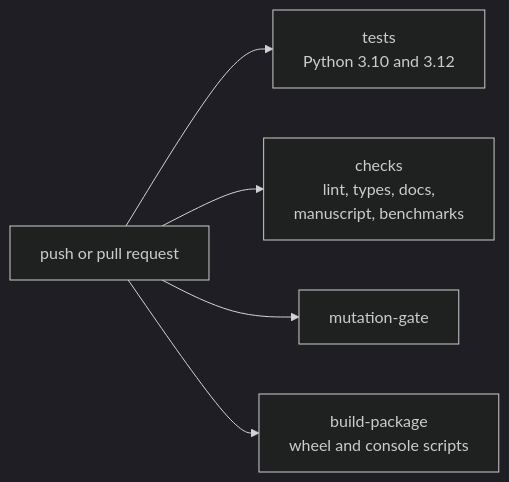
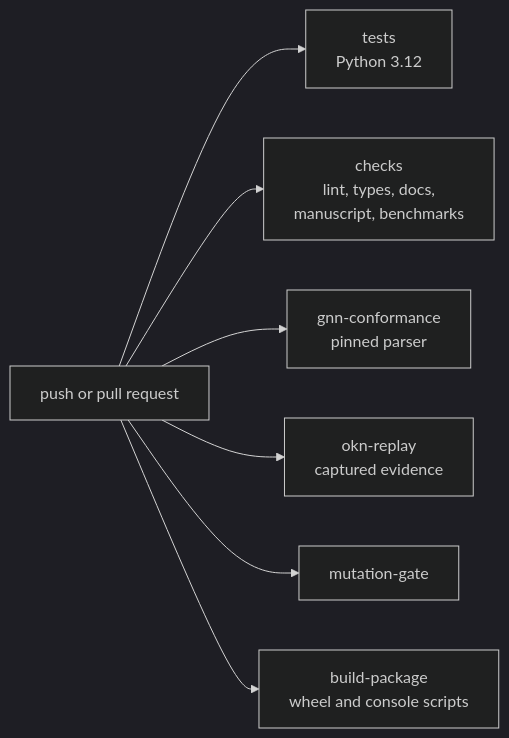
Before and after one commit to ActiveInferenceInstitute/cognitive: the eighth of 8 diagrams in README.md, drawn with Mermaid (dark theme). The commit also changed other lines of this file and 6 other files, not shown here.

````diff
--- a/README.md
+++ b/README.md
@@ -374,7 +374,9 @@
 ```mermaid
 flowchart LR
-    PUSH["push or pull request"] --> T["tests<br/>Python 3.10 and 3.12"]
+    PUSH["push or pull request"] --> T["tests<br/>Python 3.12"]
     PUSH --> C["checks<br/>lint, types, docs,<br/>manuscript, benchmarks"]
+    PUSH --> G["gnn-conformance<br/>pinned parser"]
+    PUSH --> O["okn-replay<br/>captured evidence"]
     PUSH --> M["mutation-gate"]
     PUSH --> P["build-package<br/>wheel and console scripts"]
 ```
````
